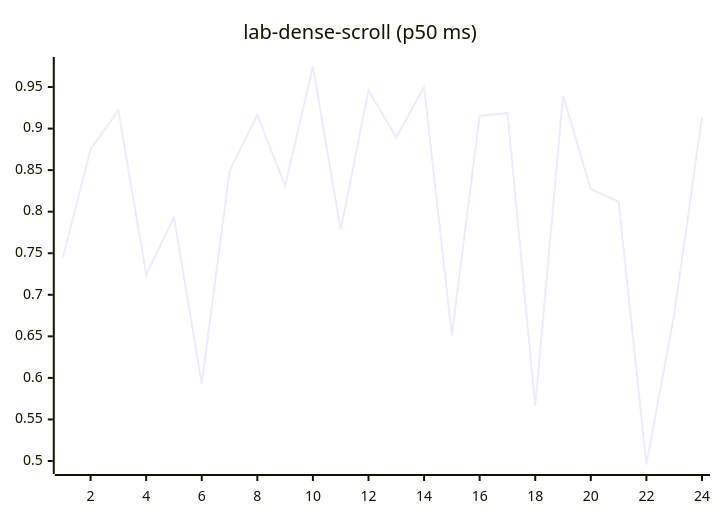
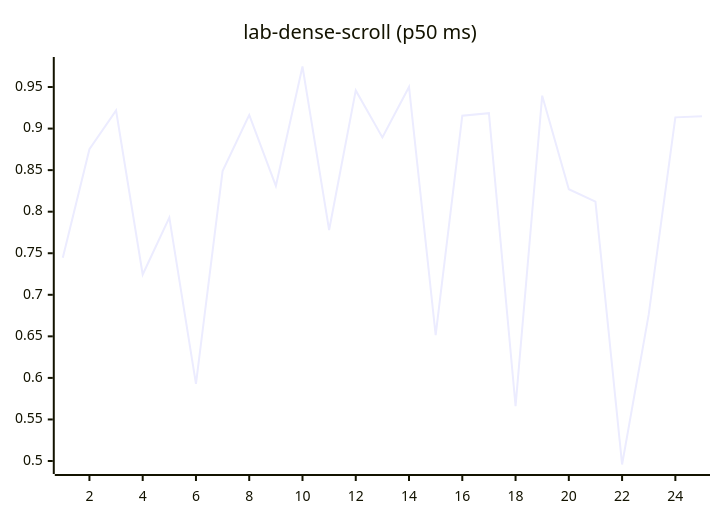
Diagram 12 of 27 in README.md (josha/Facet), drawn with Mermaid before and after one commit. The commit also changed other lines of this file and 2 other files, not shown here.

````diff
--- a/README.md
+++ b/README.md
@@ -140,6 +140,6 @@
 ```mermaid
 xychart-beta
     title "lab-dense-scroll (p50 ms)"
-    x-axis 1 --> 24
-    line [0.7446, 0.8751, 0.9218, 0.7244, 0.7929, 0.5928, 0.8489, 0.9164, 0.8310, 0.9747, 0.7780, 0.9459, 0.8894, 0.9501, 0.6514, 0.9155, 0.9185, 0.5661, 0.9396, 0.8271, 0.8121, 0.4958, 0.6764, 0.9135]
+    x-axis 1 --> 25
+    line [0.7446, 0.8751, 0.9218, 0.7244, 0.7929, 0.5928, 0.8489, 0.9164, 0.8310, 0.9747, 0.7780, 0.9459, 0.8894, 0.9501, 0.6514, 0.9155, 0.9185, 0.5661, 0.9396, 0.8271, 0.8121, 0.4958, 0.6764, 0.9135, 0.9149]
 ```
````
